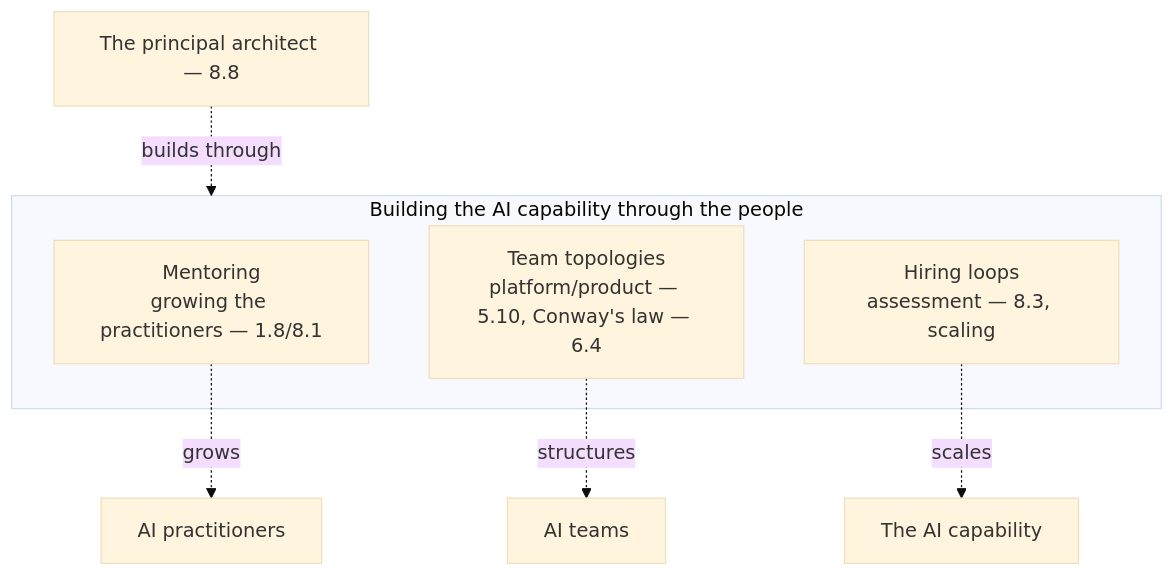
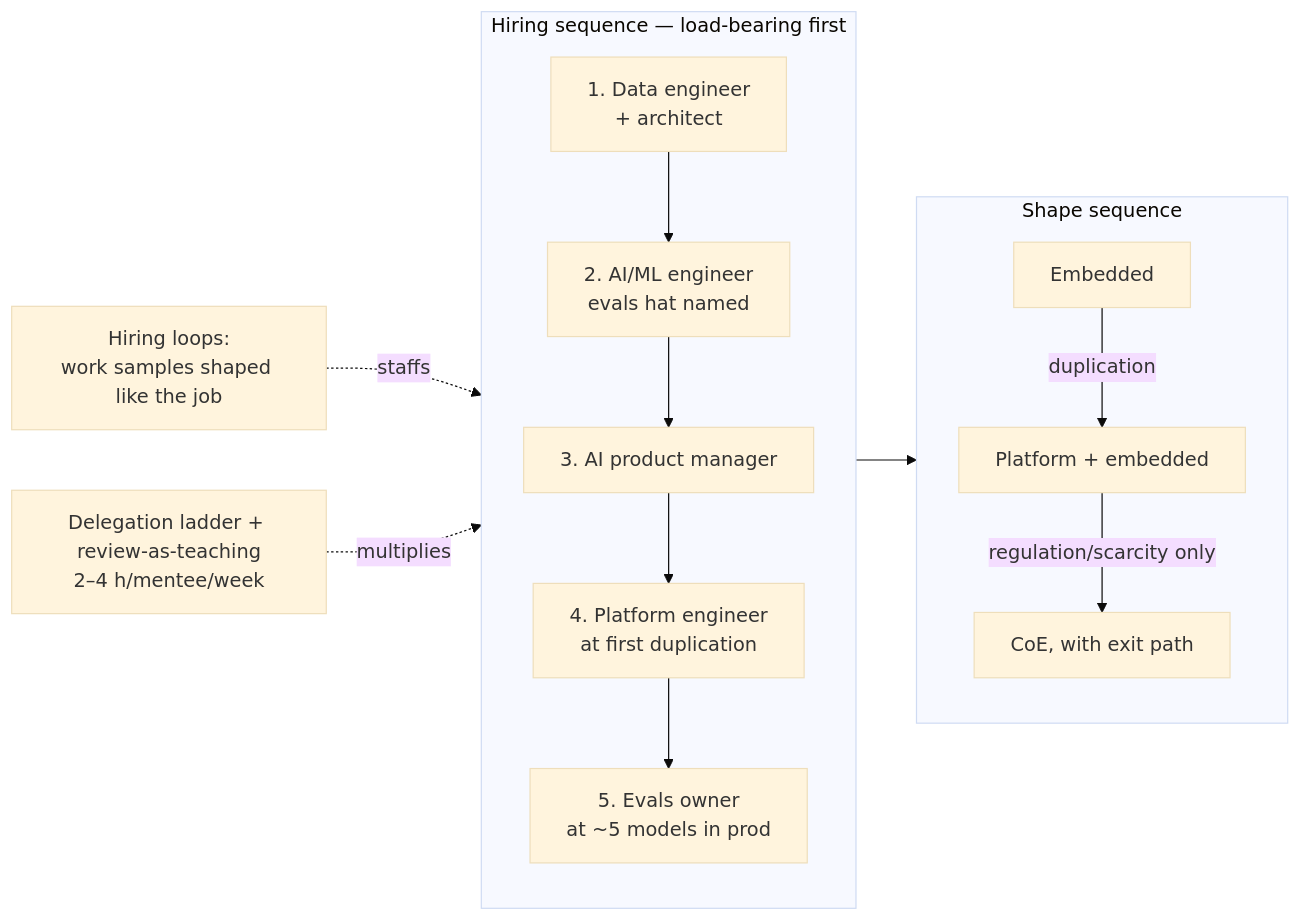
Before and after one commit to sivakrushna-works/GSAC: the diagram in curriculum/part-8-professional-excellence/chapter-07-mentoring-building-teams.md, drawn with Mermaid (base theme). The commit also changed other lines of this file and 10 other files, not shown here.

````diff
--- a/curriculum/part-8-professional-excellence/chapter-07-mentoring-building-teams.md
+++ b/curriculum/part-8-professional-excellence/chapter-07-mentoring-building-teams.md
@@ -58,12 +79,16 @@
 ```mermaid
-flowchart TD
-    subgraph BUILDING [Building the AI capability through the people]
-        MENTOR[Mentoring<br/>growing the practitioners — 1.8/8.1]
-        TOPOLOGY[Team topologies<br/>platform/product — 5.10, Conway's law — 6.4]
-        HIRING[Hiring loops<br/>assessment — 8.3, scaling]
+flowchart LR
+    subgraph SEQ [Hiring sequence — load-bearing first]
+        DE[1. Data engineer<br/>+ architect] --> MLE[2. AI/ML engineer<br/>evals hat named]
+        MLE --> PM[3. AI product manager]
+        PM --> PE[4. Platform engineer<br/>at first duplication]
+        PE --> EV[5. Evals owner<br/>at ~5 models in prod]
     end
-    MENTOR -.grows.-> PRACTITIONERS[AI practitioners]
-    TOPOLOGY -.structures.-> TEAMS[AI teams]
-    HIRING -.scales.-> CAPABILITY[The AI capability]
-    PRINCIPAL[The principal architect — 8.8] -.builds through.-> BUILDING
+    subgraph SHAPE [Shape sequence]
+        EMB[Embedded] -->|duplication| PLAT[Platform + embedded]
+        PLAT -->|regulation/scarcity only| COE[CoE, with exit path]
+    end
+    SEQ --> SHAPE
+    LOOP[Hiring loops:<br/>work samples shaped like the job] -.staffs.-> SEQ
+    LADDER[Delegation ladder + review-as-teaching<br/>2–4 h/mentee/week] -.multiplies.-> SEQ
 ```
````
